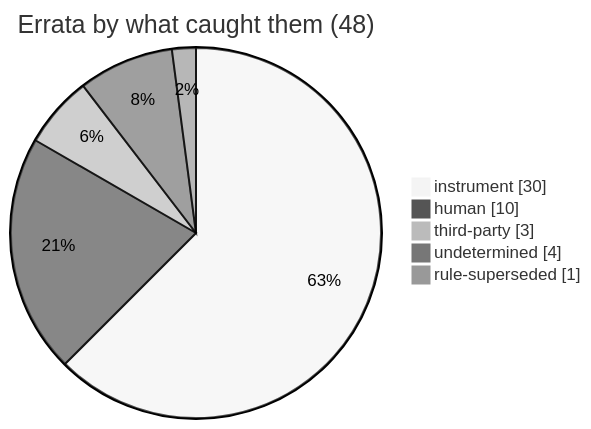
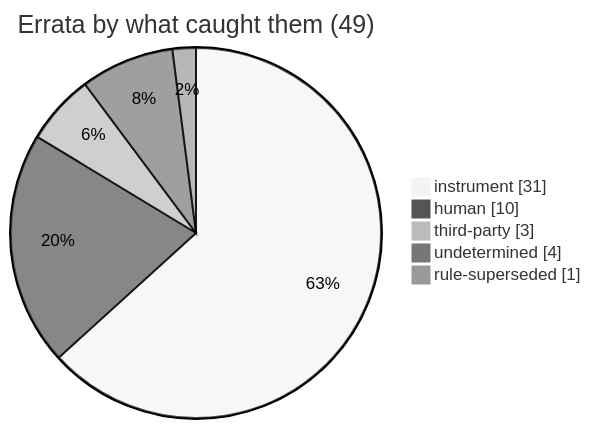
One commit to avp9-nexus/nexus-art changed the diagram in ERRATA.md. Above: the diagram before and after it, drawn with Mermaid (neutral theme). The commit also changed other lines of this file and 1 other file, not shown here.

First line of the commit message:
Regenerate the errata register: 49 rows, one withheld

````diff
--- a/ERRATA.md
+++ b/ERRATA.md
@@ -14,9 +14,9 @@
 ```mermaid
 pie showData
-    title Errata by what caught them (48)
-    "instrument" : 30
+    title Errata by what caught them (49)
+    "instrument" : 31
     "human" : 10
     "third-party" : 3
     "undetermined" : 4
     "rule-superseded" : 1
 ```
````
